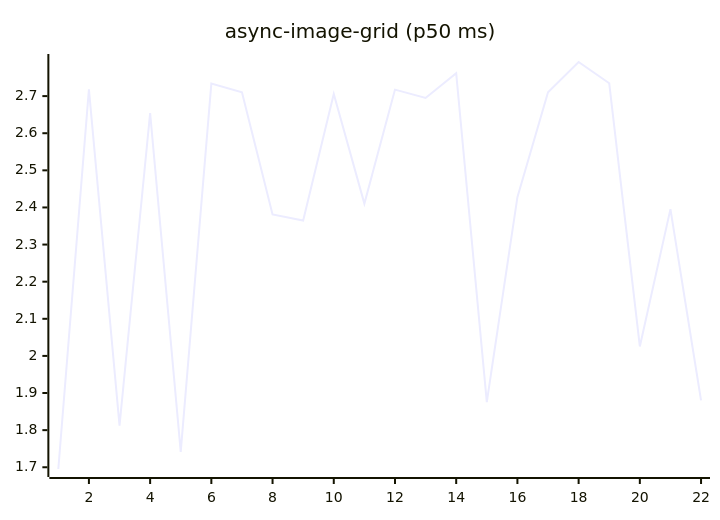
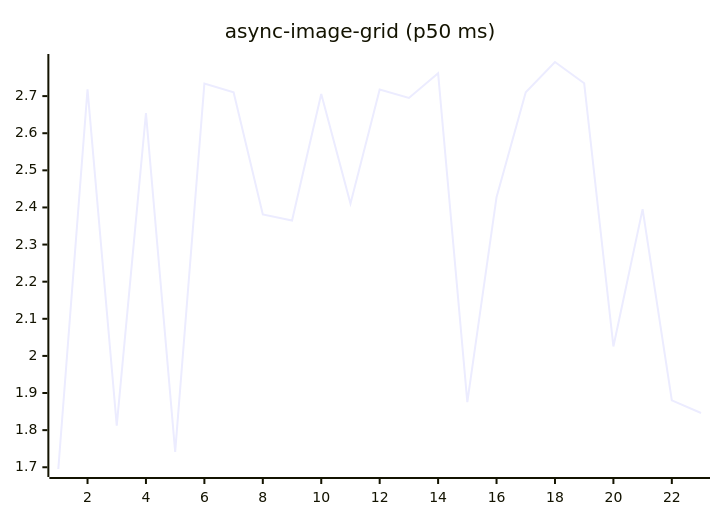
One commit to josha/Facet changed the fifth of 27 diagrams in README.md. Above: the diagram before and after it, drawn with Mermaid. The commit also changed other lines of this file and 2 other files, not shown here.

````diff
--- a/README.md
+++ b/README.md
@@ -91,6 +91,6 @@
 ```mermaid
 xychart-beta
     title "async-image-grid (p50 ms)"
-    x-axis 1 --> 22
-    line [1.6953, 2.7184, 1.8124, 2.6543, 1.7415, 2.7336, 2.7103, 2.3810, 2.3646, 2.7059, 2.4103, 2.7175, 2.6949, 2.7614, 1.8756, 2.4277, 2.7103, 2.7919, 2.7346, 2.0254, 2.3955, 1.8801]
+    x-axis 1 --> 23
+    line [1.6953, 2.7184, 1.8124, 2.6543, 1.7415, 2.7336, 2.7103, 2.3810, 2.3646, 2.7059, 2.4103, 2.7175, 2.6949, 2.7614, 1.8756, 2.4277, 2.7103, 2.7919, 2.7346, 2.0254, 2.3955, 1.8801, 1.8461]
 ```
````
